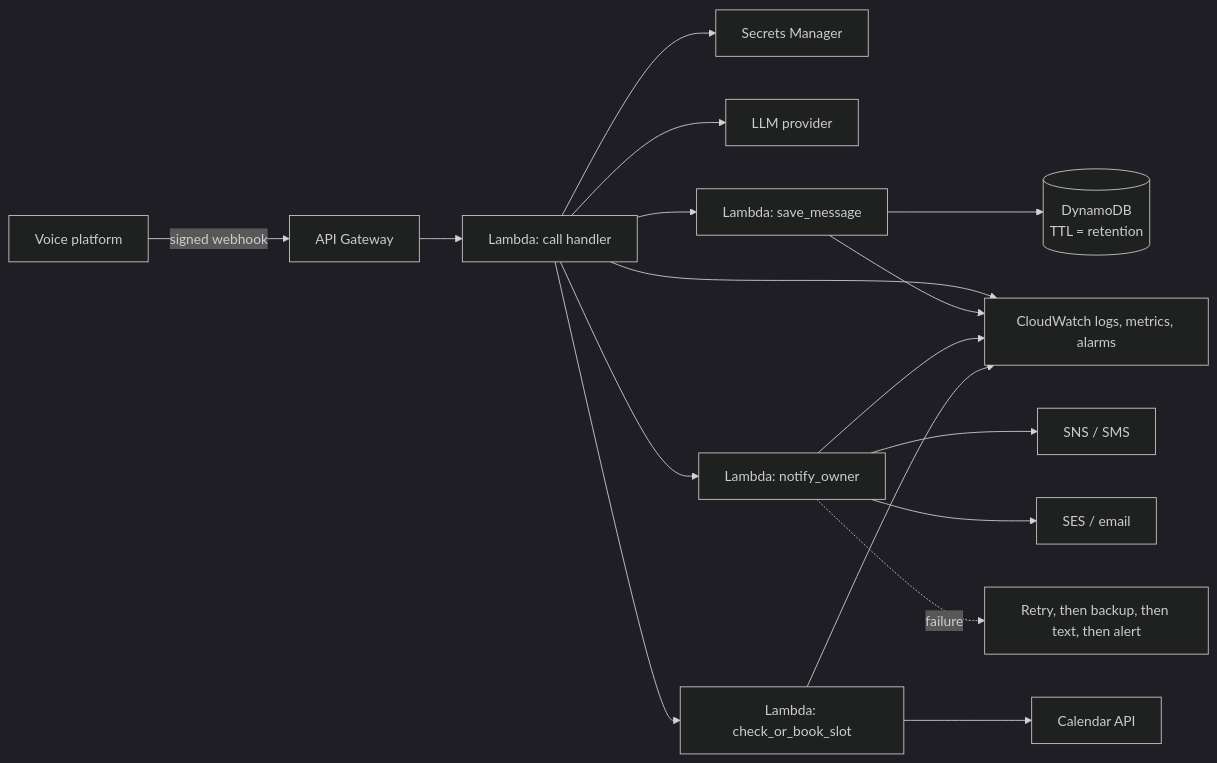
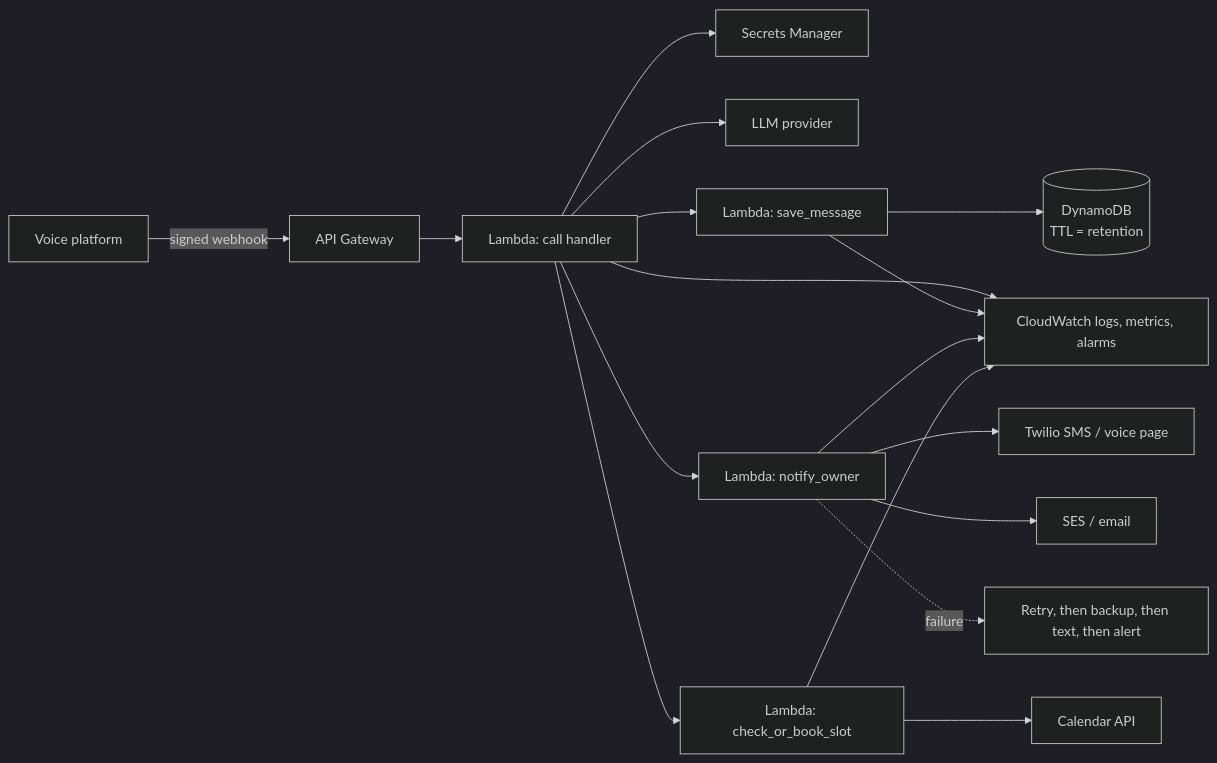
The second of 2 diagrams in docs/architecture.md (TushaeBXN/callcatch), drawn with Mermaid (dark theme) before and after one commit. The commit also changed other lines of this file and 7 other files, not shown here.

First line of the commit message:
Decision 0001: Twilio for voice/SMS; treat A2P 10DLC as required

````diff
--- a/docs/architecture.md
+++ b/docs/architecture.md
@@ -82,12 +82,12 @@
 ```mermaid
 flowchart LR
     VP[Voice platform] -->|signed webhook| APIGW[API Gateway]
     APIGW --> LC[Lambda: call handler]
     LC --> SM[Secrets Manager]
     LC --> LLM[LLM provider]
     LC --> LS[Lambda: save_message] --> DDB[(DynamoDB<br>TTL = retention)]
-    LC --> LN[Lambda: notify_owner] --> SNS[SNS / SMS] & SES[SES / email]
+    LC --> LN[Lambda: notify_owner] --> TW[Twilio SMS / voice page] & SES[SES / email]
     LN -.failure.-> LR[Retry, then backup, then text, then alert]
     LC --> LB[Lambda: check_or_book_slot] --> CAL[Calendar API]
     LC & LS & LN & LB --> CW[CloudWatch logs, metrics, alarms]
 ```
````
